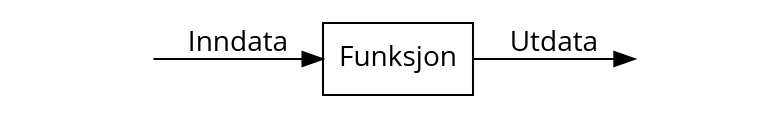
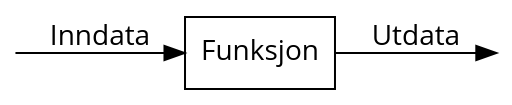
One commit to tarjeiba/promo changed the fourth of 5 diagrams in org/promo.org. Above: the diagram before and after it, drawn with Graphviz. The commit also changed other lines of this file and 13 other files, not shown here.

```diff
--- a/org/promo.org
+++ b/org/promo.org
@@ -997,16 +985,17 @@
 #+BEGIN_SRC dot :file ../figurer/funksjon.png :cmdline -Kdot -Tpng :exports results
 digraph {
 // graph from left to right
+	graph [bgcolor="transparent"]
 rankdir=LR;
 splines=true;
 node [shape=box, fontname="Open Sans"];
 edge [fontname="Open Sans"];
 
 input [label="Inndata", style=invis]
 funk [label="Funksjon"]
 output [label="Utdata", style=invis]
 
 input -> funk [label="Inndata"]
 funk -> output [label="Utdata"]
 }
 #+END_SRC
```
